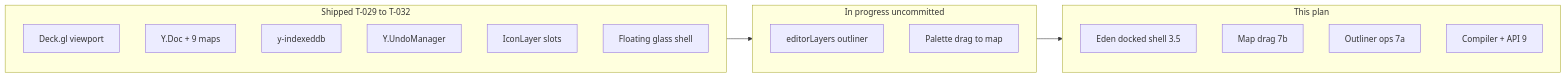
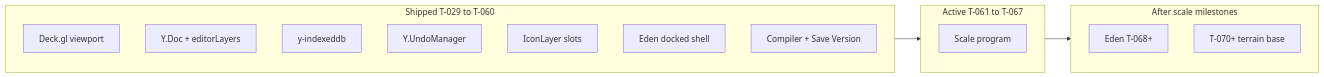
One commit to darkforce09/TBD_Website changed the first of 2 diagrams in Design_Docs/Mission_Creator_Architecture/agent_execution.md. Above: the diagram before and after it, drawn with Mermaid. The commit also changed other lines of this file and 14 other files, not shown here.

````diff
--- a/Design_Docs/Mission_Creator_Architecture/agent_execution.md
+++ b/Design_Docs/Mission_Creator_Architecture/agent_execution.md
@@ -185,22 +185,20 @@
 ```mermaid
 flowchart LR
-  subgraph done [Shipped T-029 to T-032]
+  subgraph shipped [Shipped T-029 to T-060]
     Deck["Deck.gl viewport"]
-    YDoc["Y.Doc + 9 maps"]
+    YDoc["Y.Doc + editorLayers"]
     IDB["y-indexeddb"]
     Undo["Y.UndoManager"]
     Icons["IconLayer slots"]
-    Shell["Floating glass shell"]
+    Shell["Eden docked shell"]
+    Save["Compiler + Save Version"]
   end
-  subgraph wip [In progress uncommitted]
-    Layers["editorLayers outliner"]
-    DnD["Palette drag to map"]
+  subgraph active [Active T-061 to T-067]
+    Scale["Scale program"]
   end
-  subgraph plan [This plan]
-    Eden["Eden docked shell 3.5"]
-    Drag["Map drag 7b"]
-    Tree["Outliner ops 7a"]
-    Save["Compiler + API 9"]
+  subgraph later [After scale milestones]
+    Eden["Eden T-068+"]
+    Terrain["T-070+ terrain base"]
   end
-  done --> wip --> plan
+  shipped --> active --> later
 ```
````
